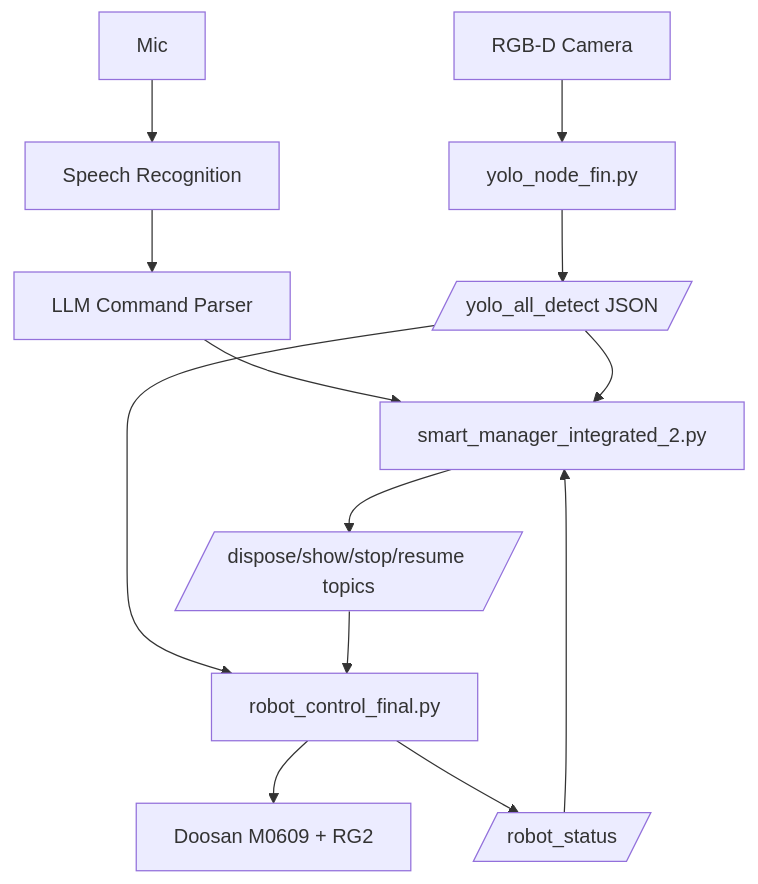
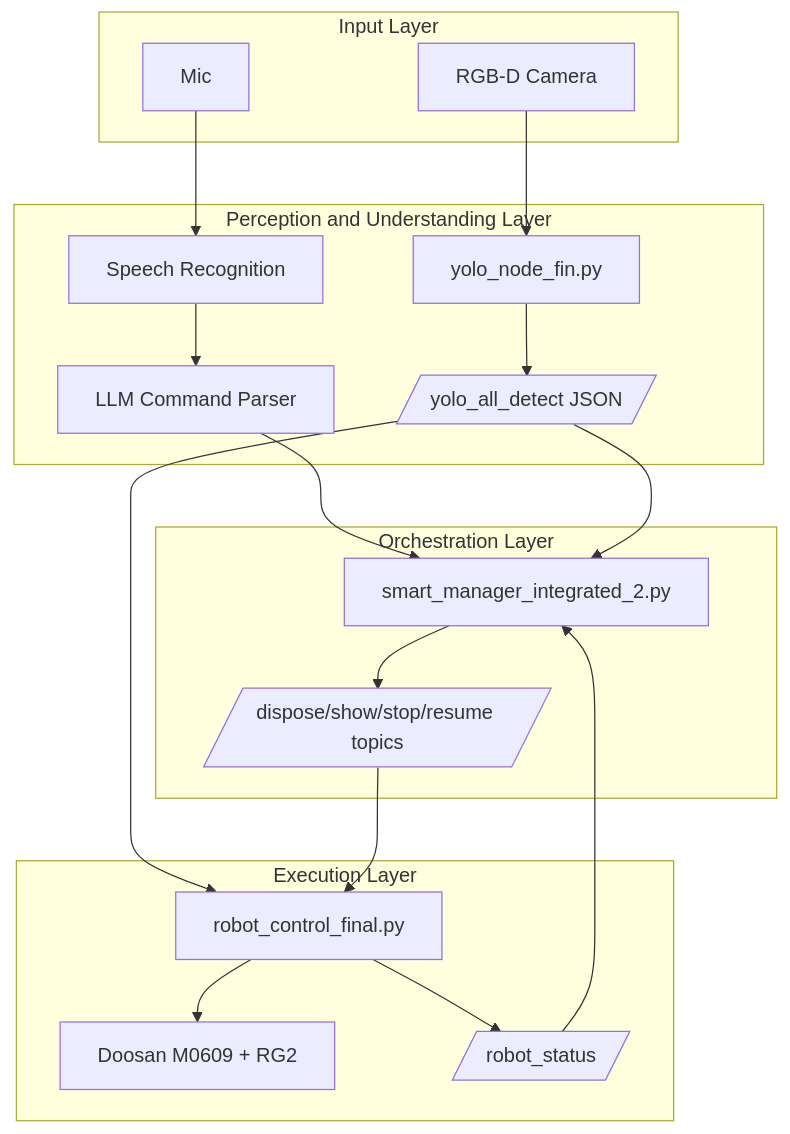
One commit to amogae7/ROKEY_Projects changed the diagram in AI 비전 기반 스마트 제조 로봇 솔루션/README.md. Above: the diagram before and after it, drawn with Mermaid. The commit also changed 3 other files, not shown here.

Commit message:
docs: refactor architecture diagrams into layered subgraphs

````diff
--- a/AI 비전 기반 스마트 제조 로봇 솔루션/README.md
+++ b/AI 비전 기반 스마트 제조 로봇 솔루션/README.md
@@ -48,15 +48,38 @@
 ```mermaid
 flowchart TD
-  CAM[RGB-D Camera] --> YOLO[yolo_node_fin.py]
-  MIC[Mic] --> STT[Speech Recognition]
-  STT --> LLM[LLM Command Parser]
-  YOLO --> DETECT[/yolo_all_detect JSON/]
-  LLM --> MANAGER[smart_manager_integrated_2.py]
+  subgraph L0["Input Layer"]
+    CAM[RGB-D Camera]
+    MIC[Mic]
+  end
+
+  subgraph L1["Perception and Understanding Layer"]
+    YOLO[yolo_node_fin.py]
+    STT[Speech Recognition]
+    LLM[LLM Command Parser]
+    DETECT[/yolo_all_detect JSON/]
+  end
+
+  subgraph L2["Orchestration Layer"]
+    MANAGER[smart_manager_integrated_2.py]
+    CMD[/dispose/show/stop/resume topics/]
+  end
+
+  subgraph L3["Execution Layer"]
+    ROBOT[robot_control_final.py]
+    ARM[Doosan M0609 + RG2]
+    STATUS[/robot_status/]
+  end
+
+  CAM --> YOLO
+  MIC --> STT
+  STT --> LLM
+  YOLO --> DETECT
+  LLM --> MANAGER
   DETECT --> MANAGER
-  MANAGER --> CMD[/dispose/show/stop/resume topics/]
-  DETECT --> ROBOT[robot_control_final.py]
+  MANAGER --> CMD
+  DETECT --> ROBOT
   CMD --> ROBOT
-  ROBOT --> ARM[Doosan M0609 + RG2]
-  ROBOT --> STATUS[/robot_status/]
+  ROBOT --> ARM
+  ROBOT --> STATUS
   STATUS --> MANAGER
 ```
````
